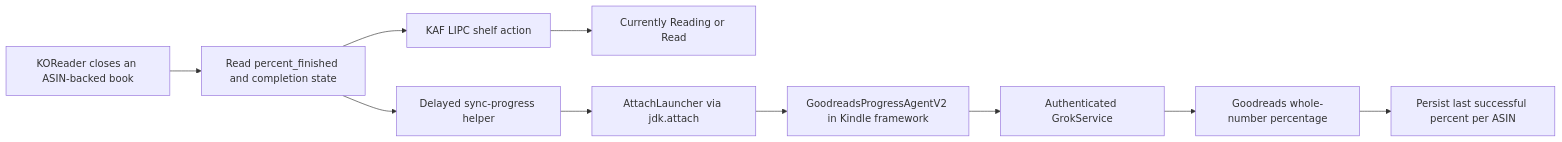
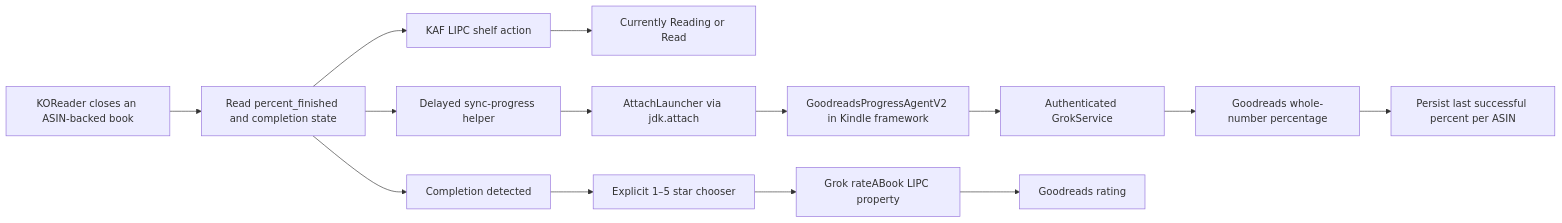
Before and after one commit to soloipd/koreader-goodreads-native: the diagram in docs/architecture.md, drawn with Mermaid. The commit also changed other lines of this file and 10 other files, not shown here.

Commit message:
Add native Goodreads rating updates

````diff
--- a/docs/architecture.md
+++ b/docs/architecture.md
@@ -6,12 +6,16 @@
 ```mermaid
 flowchart LR
     A["KOReader closes an ASIN-backed book"] --> B["Read percent_finished and completion state"]
     B --> C["KAF LIPC shelf action"]
     C --> D["Currently Reading or Read"]
     B --> E["Delayed sync-progress helper"]
     E --> F["AttachLauncher via jdk.attach"]
     F --> G["GoodreadsProgressAgentV2 in Kindle framework"]
     G --> H["Authenticated GrokService"]
     H --> I["Goodreads whole-number percentage"]
     I --> J["Persist last successful percent per ASIN"]
+    B --> K["Completion detected"]
+    K --> L["Explicit 1–5 star chooser"]
+    L --> M["Grok rateABook LIPC property"]
+    M --> N["Goodreads rating"]
 ```
````
